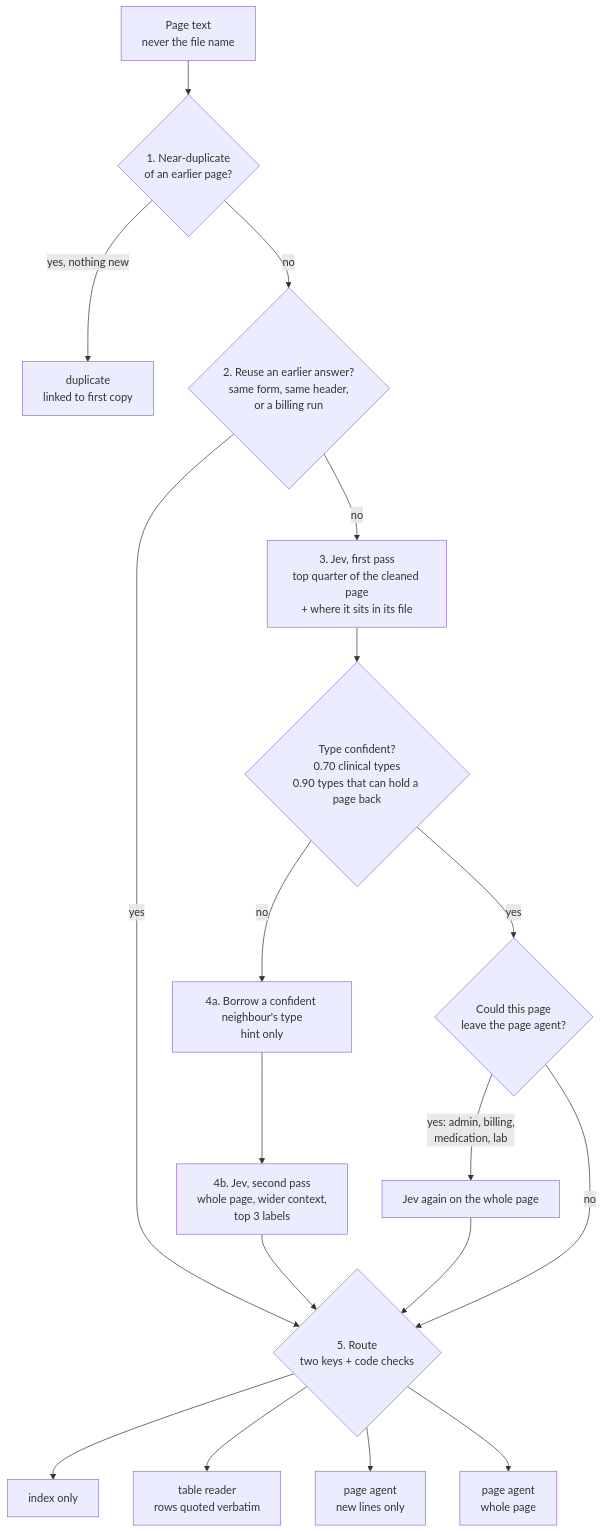
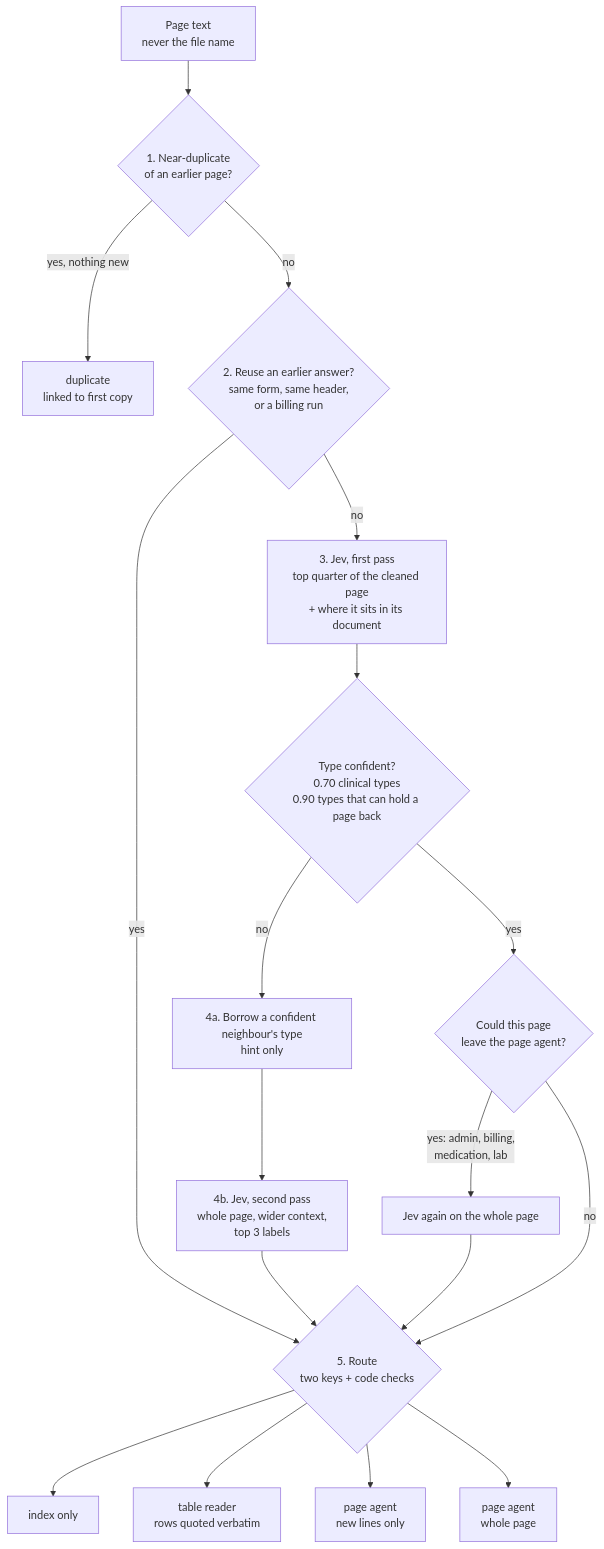
Before and after one commit to oliBrowne/medical-chronology: the diagram in docs/jev-triage.md, drawn with Mermaid. The commit also changed other lines of this file, not shown here.

````diff
--- a/docs/jev-triage.md
+++ b/docs/jev-triage.md
@@ -40,21 +47,21 @@
 ```mermaid
 flowchart TD
     A[Page text<br/>never the file name] --> B{1. Near-duplicate<br/>of an earlier page?}
     B -- "yes, nothing new" --> DUP[duplicate<br/>linked to first copy]
     B -- no --> C{2. Reuse an earlier answer?<br/>same form, same header,<br/>or a billing run}
     C -- yes --> R5
-    C -- no --> D[3. Jev, first pass<br/>top quarter of the cleaned page<br/>+ where it sits in its file]
+    C -- no --> D[3. Jev, first pass<br/>top quarter of the cleaned page<br/>+ where it sits in its document]
     D --> E{Type confident?<br/>0.70 clinical types<br/>0.90 types that can hold a page back}
     E -- yes --> F{Could this page<br/>leave the page agent?}
     E -- no --> G[4a. Borrow a confident neighbour's type<br/>hint only]
     G --> H[4b. Jev, second pass<br/>whole page, wider context,<br/>top 3 labels]
     H --> R5
     F -- "yes: admin, billing,<br/>medication, lab" --> I[Jev again on the whole page]
     I --> R5
     F -- no --> R5
     R5{5. Route<br/>two keys + code checks}
     R5 --> SKIP[index only]
     R5 --> READ[table reader<br/>rows quoted verbatim]
     R5 --> NEW[page agent<br/>new lines only]
     R5 --> FULL[page agent<br/>whole page]
 ```
````
